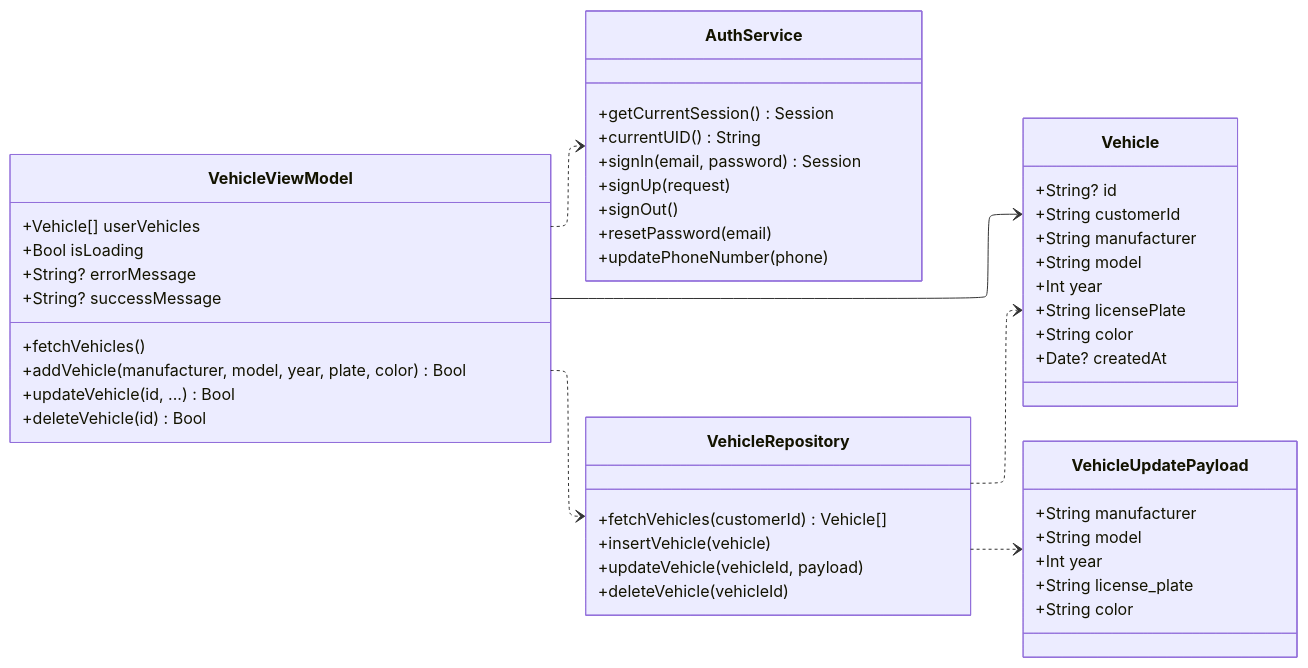
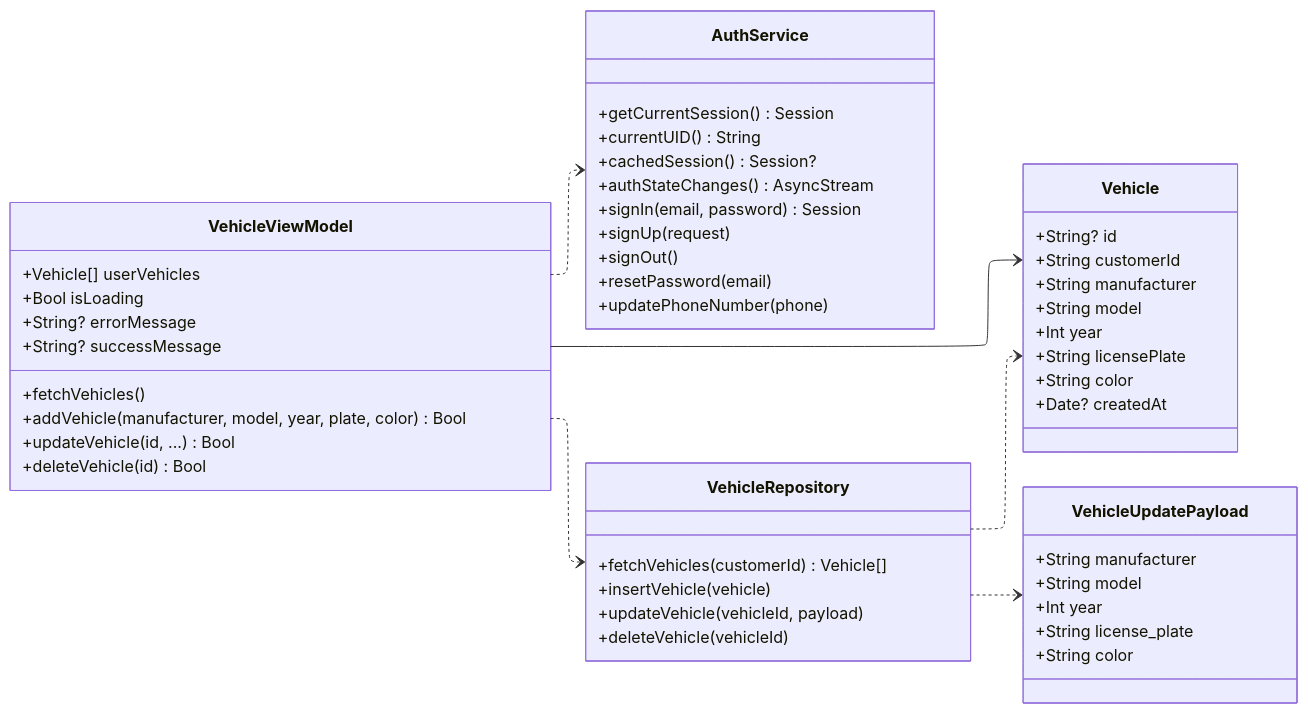
One commit to rei-soemanto/BengkelIn_SE changed the third of 12 diagrams in diagram/feature-class-diagrams.md. Above: the diagram before and after it, drawn with Mermaid. The commit also changed other lines of this file and 21 other files, not shown here.

Commit message:
feature-class-diagram update

````diff
--- a/diagram/feature-class-diagrams.md
+++ b/diagram/feature-class-diagrams.md
@@ -173,61 +179,63 @@
 ```mermaid
 ---
 config:
   layout: elk
   elk:
     nodePlacementStrategy: LINEAR_SEGMENTS
     mergeEdges: false
 ---
 classDiagram
     direction LR
 
     class AuthService {
         +getCurrentSession() Session
         +currentUID() String
+        +cachedSession() Session?
+        +authStateChanges() AsyncStream
         +signIn(email, password) Session
         +signUp(request)
         +signOut()
         +resetPassword(email)
         +updatePhoneNumber(phone)
     }
     class VehicleRepository {
         +fetchVehicles(customerId) Vehicle[]
         +insertVehicle(vehicle)
         +updateVehicle(vehicleId, payload)
         +deleteVehicle(vehicleId)
     }
     class VehicleViewModel {
         +Vehicle[] userVehicles
         +Bool isLoading
         +String? errorMessage
         +String? successMessage
         +fetchVehicles()
         +addVehicle(manufacturer, model, year, plate, color) Bool
         +updateVehicle(id, ...) Bool
         +deleteVehicle(id) Bool
     }
     class Vehicle {
         +String? id
         +String customerId
         +String manufacturer
         +String model
         +Int year
         +String licensePlate
         +String color
         +Date? createdAt
     }
     class VehicleUpdatePayload {
         +String manufacturer
         +String model
         +Int year
         +String license_plate
         +String color
     }
 
     VehicleViewModel ..> AuthService
     VehicleViewModel ..> VehicleRepository
     VehicleViewModel --> Vehicle
     VehicleRepository ..> Vehicle
     VehicleRepository ..> VehicleUpdatePayload
 
 ```
````
